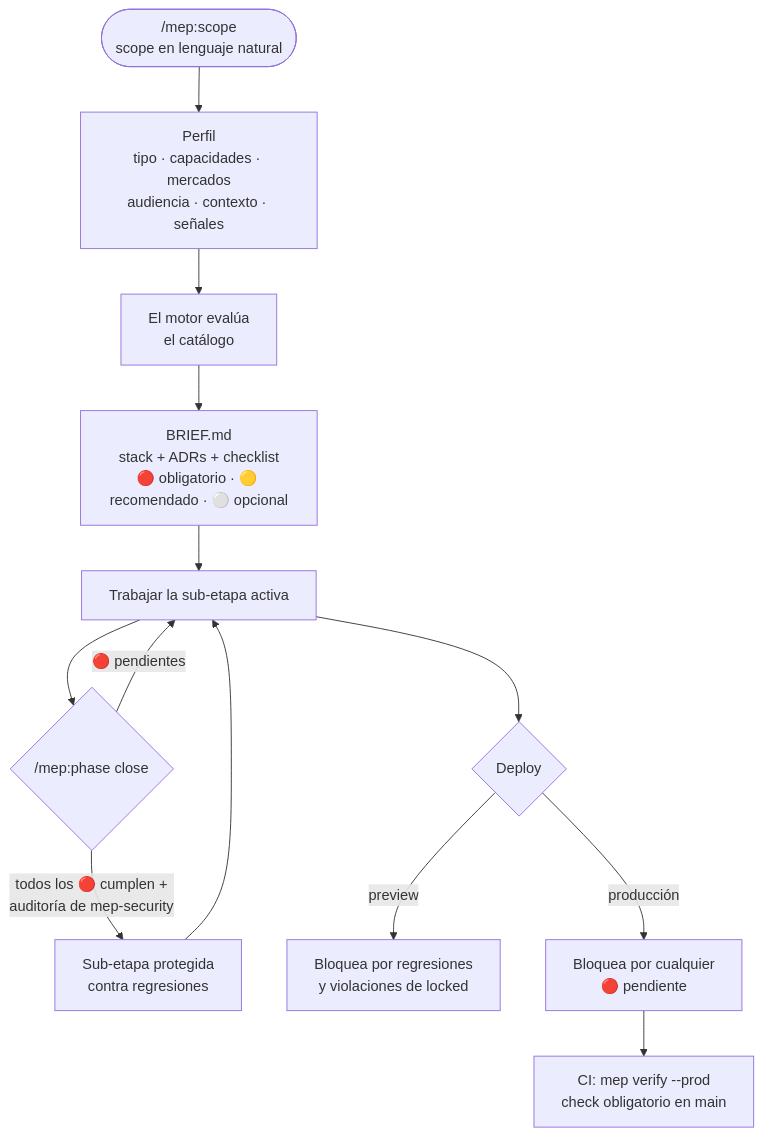
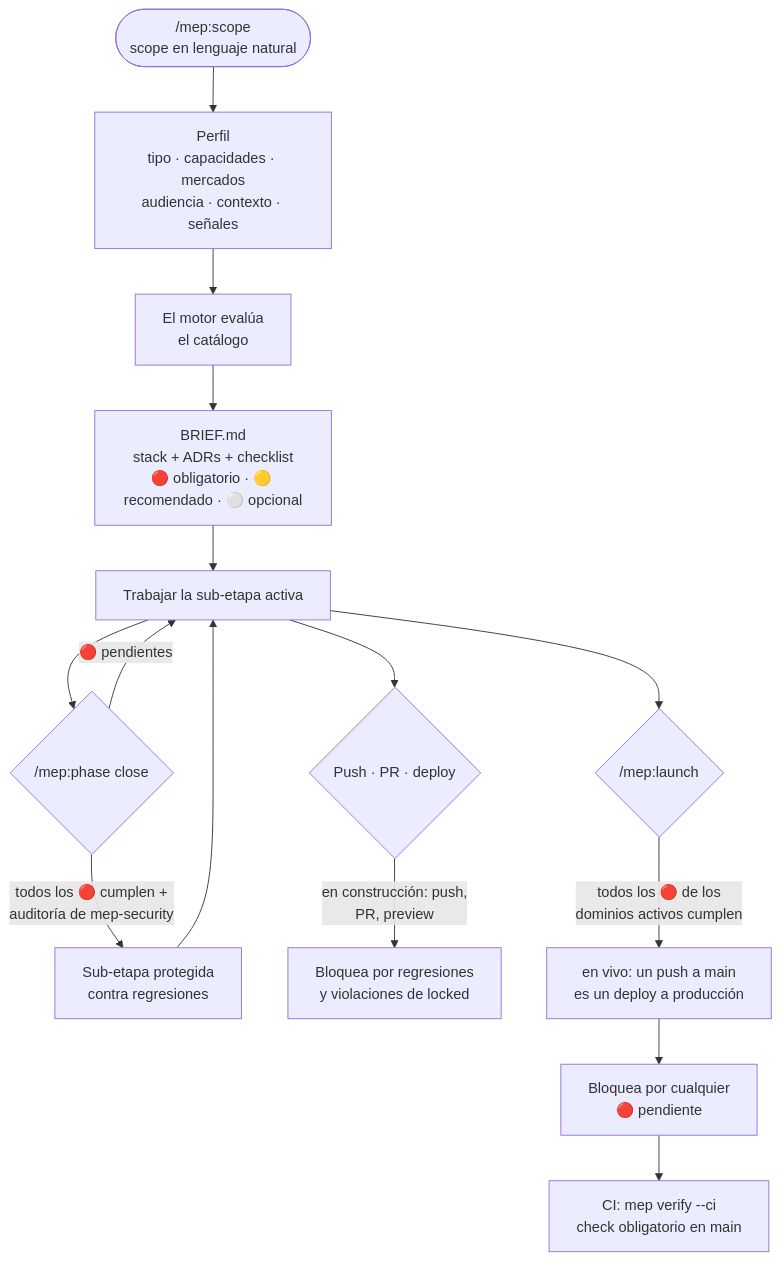
Before and after one commit to engelbertgm/Mise-en-place: the diagram in README.es.md, drawn with Mermaid. The commit also changed other lines of this file and 7 other files, not shown here.

````diff
--- a/README.es.md
+++ b/README.es.md
@@ -26,15 +26,17 @@
 ```mermaid
 flowchart TD
     U(["/mep:scope<br/>scope en lenguaje natural"]) --> P["Perfil<br/>tipo · capacidades · mercados<br/>audiencia · contexto · señales"]
     P --> E["El motor evalúa<br/>el catálogo"]
     E --> B["BRIEF.md<br/>stack + ADRs + checklist<br/>🔴 obligatorio · 🟡 recomendado · ⚪ opcional"]
     B --> W["Trabajar la sub-etapa activa"]
     W --> C{"/mep:phase close"}
     C -->|"🔴 pendientes"| W
     C -->|"todos los 🔴 cumplen +<br/>auditoría de mep-security"| L["Sub-etapa protegida<br/>contra regresiones"]
     L --> W
-    W --> D{"Deploy"}
-    D -->|"preview"| G1["Bloquea por regresiones<br/>y violaciones de locked"]
-    D -->|"producción"| G2["Bloquea por cualquier<br/>🔴 pendiente"]
-    G2 --> CI["CI: mep verify --prod<br/>check obligatorio en main"]
+    W --> D{"Push · PR · deploy"}
+    D -->|"en construcción: push,<br/>PR, preview"| G1["Bloquea por regresiones<br/>y violaciones de locked"]
+    W --> LA{"/mep:launch"}
+    LA -->|"todos los 🔴 de los<br/>dominios activos cumplen"| LIVE["en vivo: un push a main<br/>es un deploy a producción"]
+    LIVE --> G2["Bloquea por cualquier<br/>🔴 pendiente"]
+    G2 --> CI["CI: mep verify --ci<br/>check obligatorio en main"]
 ```
````
